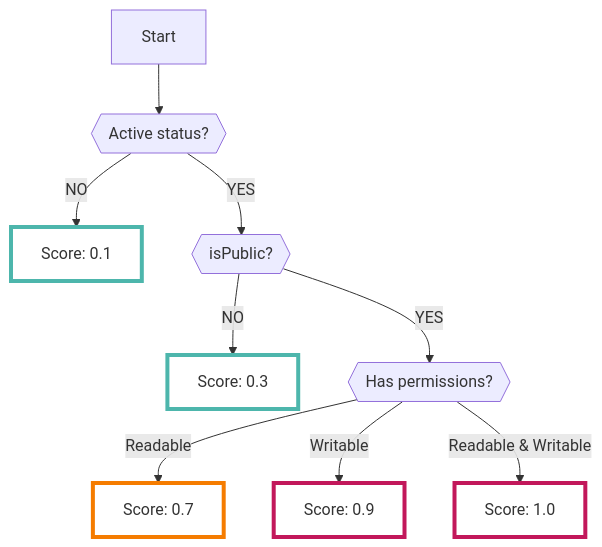
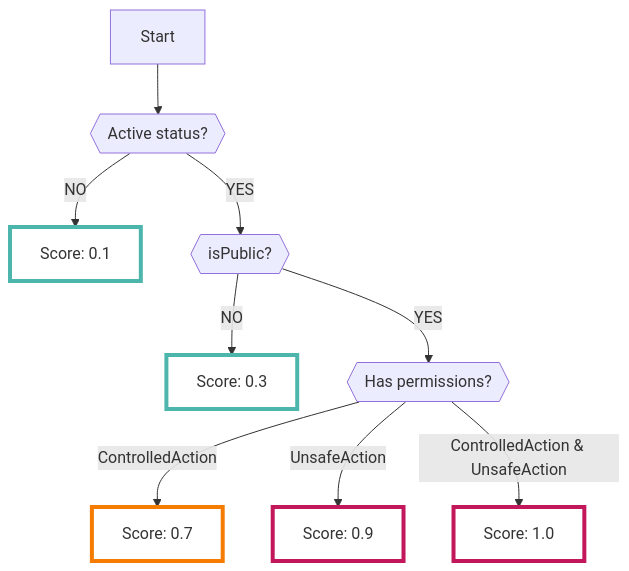
One commit to ca-risken/doc changed the diagram in docs/aws/accessanalyzer.en.md. Above: the diagram before and after it, drawn with Mermaid. The commit also changed other lines of this file and 1 other file, not shown here.

Commit message:
fix: access analyzer docs

````diff
--- a/docs/aws/accessanalyzer.en.md
+++ b/docs/aws/accessanalyzer.en.md
@@ -33,14 +33,14 @@
 ```mermaid
 graph TD
     A[Start] --> B{{Active status?}};
     B -->|NO| C[Score: 0.1]:::low;
     B -->|YES| D{{isPublic?}};
     D -->|NO| E[Score: 0.3]:::low;
     D -->|YES| F{{Has permissions?}};
-    F -->|Readable| G[Score: 0.7]:::mid;
-    F -->|Writable| H[Score: 0.9]:::high;
-    F -->|Readable & Writable| I[Score: 1.0]:::high;
+    F -->|ControlledAction| G[Score: 0.7]:::mid;
+    F -->|UnsafeAction| H[Score: 0.9]:::high;
+    F -->|ControlledAction & UnsafeAction| I[Score: 1.0]:::high;
     classDef high fill:#FFFFFF,stroke:#C2185B,stroke-width:4px;
     classDef mid fill:#FFFFFF,stroke:#F57C00,stroke-width:4px;
     classDef low fill:#FFFFFF,stroke:#4DB6AC,stroke-width:4px;
 ```
````
